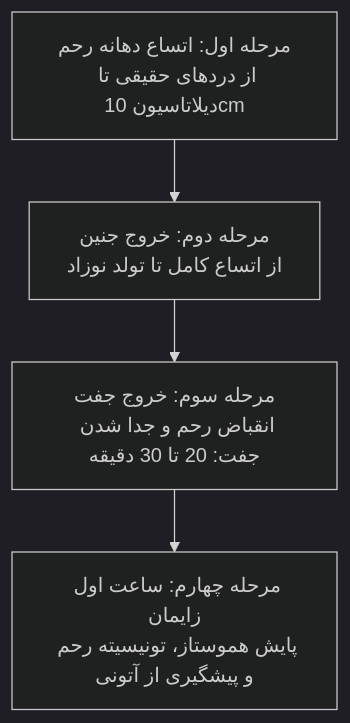
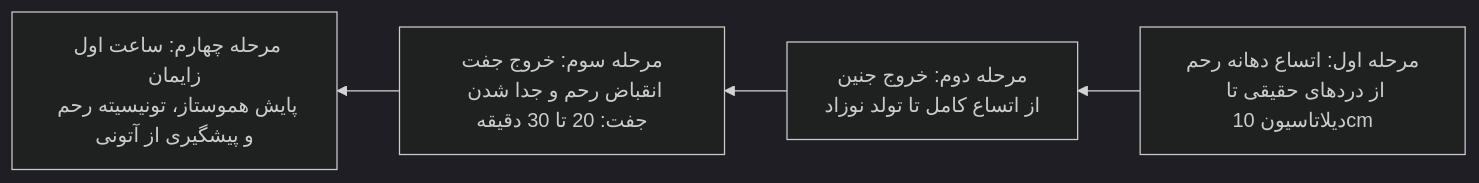
One commit to neopulse-hub/-TUMS-1402-2-material-notes- changed the fifth of 8 diagrams in 05/بهداشت خانواده/خلاصه/11-15.md. Above: the diagram before and after it, drawn with Mermaid (dark theme). The commit also changed other lines of this file, not shown here.

````diff
--- a/05/بهداشت خانواده/خلاصه/11-15.md
+++ b/05/بهداشت خانواده/خلاصه/11-15.md
@@ -234,6 +234,6 @@
 ```mermaid
-flowchart TD
+flowchart RL
     S1[مرحله اول: اتساع دهانه رحم<br>از دردهای حقیقی تا دیلاتاسیون 10cm] --> S2[مرحله دوم: خروج جنین<br>از اتساع کامل تا تولد نوزاد]
     S2 --> S3[مرحله سوم: خروج جفت<br>انقباض رحم و جدا شدن جفت: 20 تا 30 دقیقه]
     S3 --> S4[مرحله چهارم: ساعت اول زایمان<br>پایش هموستاز، تونیسیته رحم و پیشگیری از آتونی]
 ```
````
